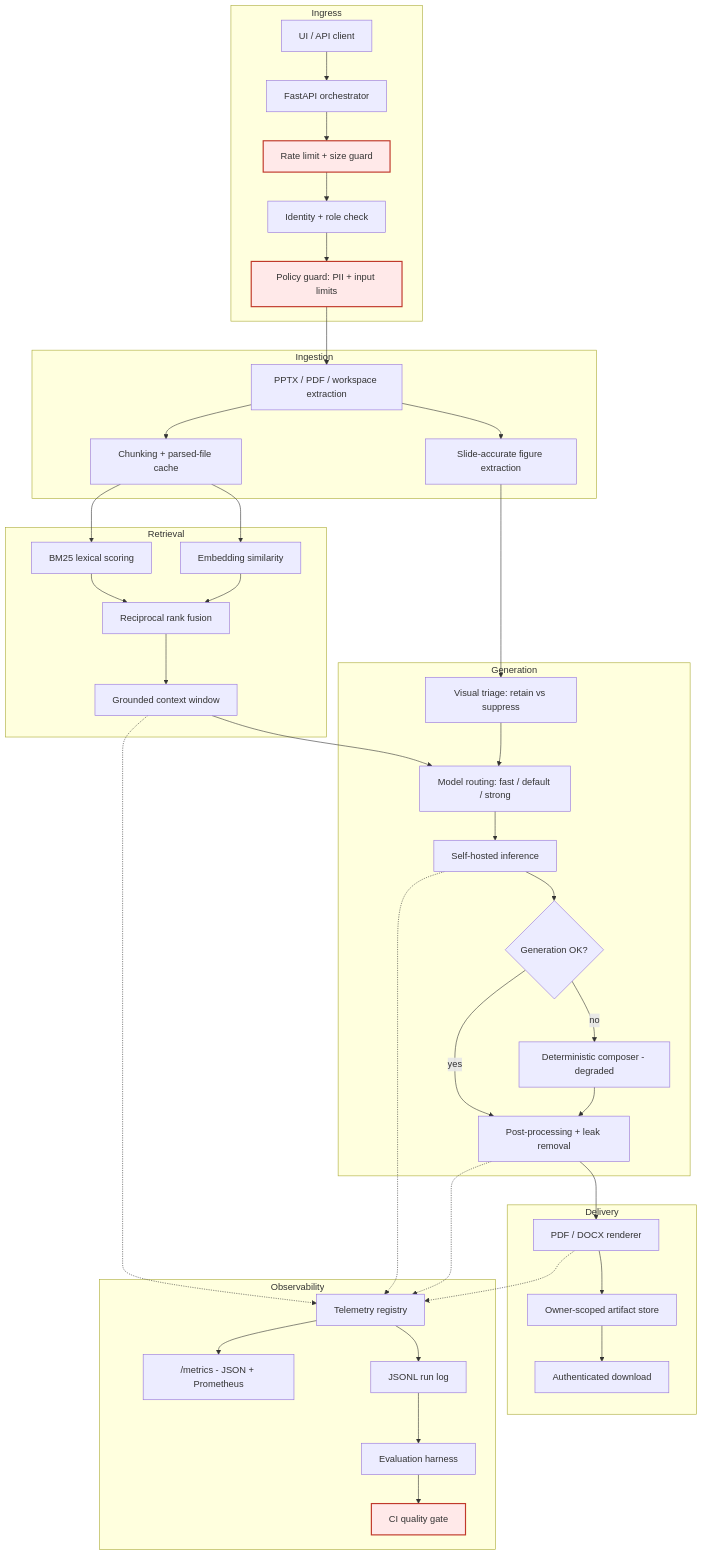
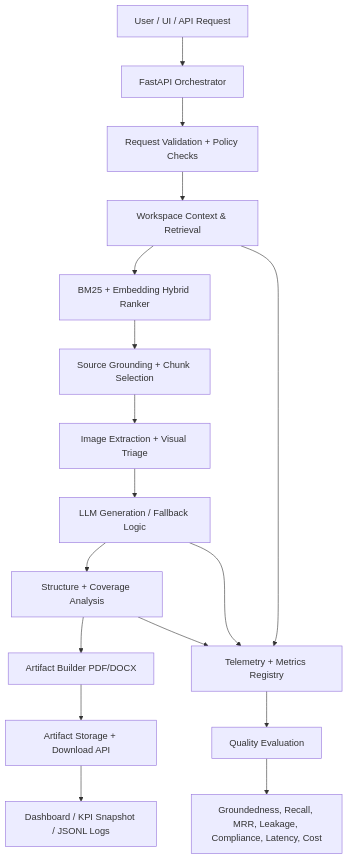
The diagram in README.md (Bdp226/DocSynth-Hybrid-RAG-Document-Generation-and-Evaluation-Platform), drawn with Mermaid before and after one commit. The commit also changed other lines of this file, not shown here.

Commit message:
docs: log example inputs and generated outputs

````diff
--- a/README.md
+++ b/README.md
@@ -54,54 +29,21 @@
 ```mermaid
 flowchart TD
-    subgraph Ingress
-        A[UI / API client] --> B[FastAPI orchestrator]
-        B --> RL[Rate limit + size guard]
-        RL --> AUTH[Identity + role check]
-        AUTH --> POL[Policy guard: PII + input limits]
-    end
+    A[User / UI / API Request] --> B[FastAPI Orchestrator]
+    B --> C[Request Validation + Policy Checks]
+    C --> D[Workspace Context & Retrieval]
+    D --> E[BM25 + Embedding Hybrid Ranker]
+    E --> F[Source Grounding + Chunk Selection]
+    F --> G[Image Extraction + Visual Triage]
+    G --> H[LLM Generation / Fallback Logic]
+    H --> I[Structure + Coverage Analysis]
+    I --> J[Artifact Builder PDF/DOCX]
+    J --> K[Artifact Storage + Download API]
 
-    subgraph Ingestion
-        POL --> EX[PPTX / PDF / workspace extraction]
-        EX --> CH[Chunking + parsed-file cache]
-        EX --> IMG[Slide-accurate figure extraction]
-    end
+    D --> L[Telemetry + Metrics Registry]
+    H --> L
+    I --> L
+    K --> M[Dashboard / KPI Snapshot / JSONL Logs]
 
-    subgraph Retrieval
-        CH --> BM[BM25 lexical scoring]
-        CH --> EMB[Embedding similarity]
-        BM --> RRF[Reciprocal rank fusion]
-        EMB --> RRF
-        RRF --> CTX[Grounded context window]
-    end
-
-    subgraph Generation
-        IMG --> TRI[Visual triage: retain vs suppress]
-        CTX --> ROUTE[Model routing: fast / default / strong]
-        TRI --> ROUTE
-        ROUTE --> LLM[Self-hosted inference]
-        LLM --> FB{Generation OK?}
-        FB -- no --> DET[Deterministic composer - degraded]
-        FB -- yes --> POST[Post-processing + leak removal]
-        DET --> POST
-    end
-
-    subgraph Delivery
-        POST --> REN[PDF / DOCX renderer]
-        REN --> ART[Owner-scoped artifact store]
-        ART --> DL[Authenticated download]
-    end
-
-    subgraph Observability
-        CTX -.-> TEL[Telemetry registry]
-        LLM -.-> TEL
-        POST -.-> TEL
-        REN -.-> TEL
-        TEL --> PM["/metrics - JSON + Prometheus"]
-        TEL --> JL[JSONL run log]
-        JL --> EVAL[Evaluation harness]
-        EVAL --> GATE[CI quality gate]
-    end
-
-    classDef gate fill:#ffe9e9,stroke:#c0392b,stroke-width:2px
-    class GATE,RL,POL gate
+    L --> N[Quality Evaluation]
+    N --> O[Groundedness, Recall, MRR, Leakage, Compliance, Latency, Cost]
 ```
````
